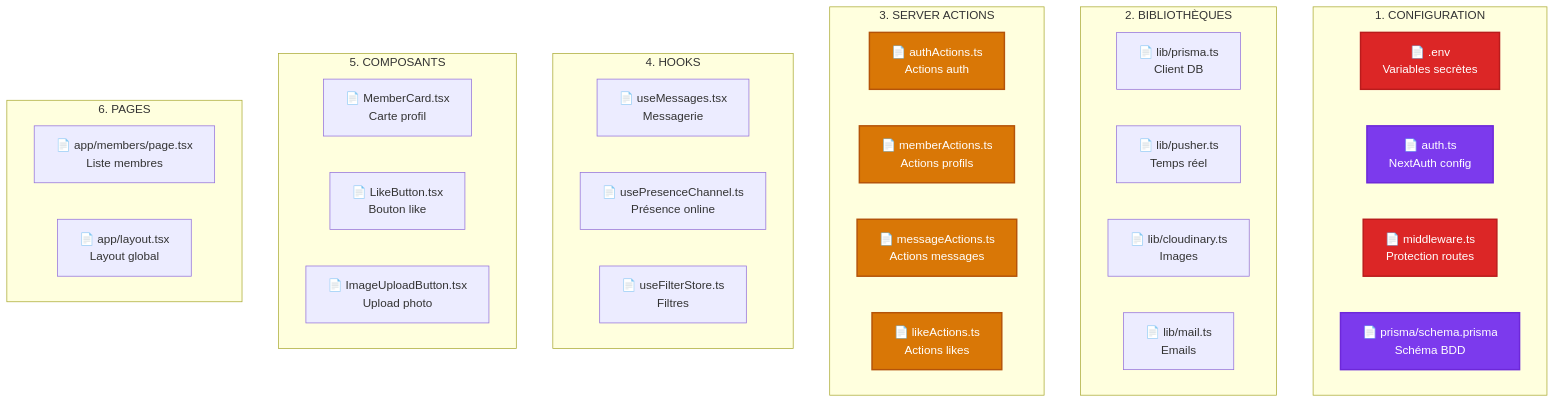
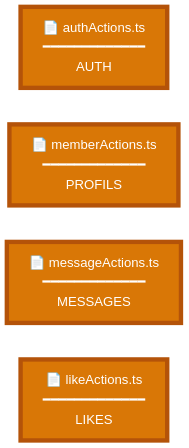
One commit to inskillflow/next-auth-demo-2-match changed diagram 35 of 36 in documentation/17-arborescence-fichiers-roles.md. Above: the diagram before and after it, drawn with Mermaid. The commit also changed other lines of this file, not shown here.

````diff
--- a/documentation/17-arborescence-fichiers-roles.md
+++ b/documentation/17-arborescence-fichiers-roles.md
@@ -702,49 +678,12 @@
 ```mermaid
-flowchart TD
-    subgraph "1. CONFIGURATION"
-        F1["📄 .env<br/>Variables secrètes"]
-        F2["📄 auth.ts<br/>NextAuth config"]
-        F3["📄 middleware.ts<br/>Protection routes"]
-        F4["📄 prisma/schema.prisma<br/>Schéma BDD"]
-    end
+flowchart LR
+    AUTH_ACT["📄 authActions.ts<br/>━━━━━━━━━━━━━<br/>AUTH"]
+    MEMBER_ACT["📄 memberActions.ts<br/>━━━━━━━━━━━━━<br/>PROFILS"]
+    MSG_ACT["📄 messageActions.ts<br/>━━━━━━━━━━━━━<br/>MESSAGES"]
+    LIKE_ACT["📄 likeActions.ts<br/>━━━━━━━━━━━━━<br/>LIKES"]
     
-    subgraph "2. BIBLIOTHÈQUES"
-        F5["📄 lib/prisma.ts<br/>Client DB"]
-        F6["📄 lib/pusher.ts<br/>Temps réel"]
-        F7["📄 lib/cloudinary.ts<br/>Images"]
-        F8["📄 lib/mail.ts<br/>Emails"]
-    end
-    
-    subgraph "3. SERVER ACTIONS"
-        F9["📄 authActions.ts<br/>Actions auth"]
-        F10["📄 memberActions.ts<br/>Actions profils"]
-        F11["📄 messageActions.ts<br/>Actions messages"]
-        F12["📄 likeActions.ts<br/>Actions likes"]
-    end
-    
-    subgraph "4. HOOKS"
-        F13["📄 useMessages.tsx<br/>Messagerie"]
-        F14["📄 usePresenceChannel.ts<br/>Présence online"]
-        F15["📄 useFilterStore.ts<br/>Filtres"]
-    end
-    
-    subgraph "5. COMPOSANTS"
-        F16["📄 MemberCard.tsx<br/>Carte profil"]
-        F17["📄 LikeButton.tsx<br/>Bouton like"]
-        F18["📄 ImageUploadButton.tsx<br/>Upload photo"]
-    end
-    
-    subgraph "6. PAGES"
-        F19["📄 app/members/page.tsx<br/>Liste membres"]
-        F20["📄 app/layout.tsx<br/>Layout global"]
-    end
-    
-    style F1 fill:#dc2626,stroke:#b91c1c,stroke-width:2px,color:#fff
-    style F2 fill:#7c3aed,stroke:#6d28d9,stroke-width:2px,color:#fff
-    style F3 fill:#dc2626,stroke:#b91c1c,stroke-width:2px,color:#fff
-    style F4 fill:#7c3aed,stroke:#6d28d9,stroke-width:2px,color:#fff
-    style F9 fill:#d97706,stroke:#b45309,stroke-width:2px,color:#fff
-    style F10 fill:#d97706,stroke:#b45309,stroke-width:2px,color:#fff
-    style F11 fill:#d97706,stroke:#b45309,stroke-width:2px,color:#fff
-    style F12 fill:#d97706,stroke:#b45309,stroke-width:2px,color:#fff
+    style AUTH_ACT fill:#d97706,stroke:#b45309,stroke-width:6px,color:#fff,font-size:18px
+    style MEMBER_ACT fill:#d97706,stroke:#b45309,stroke-width:6px,color:#fff,font-size:18px
+    style MSG_ACT fill:#d97706,stroke:#b45309,stroke-width:6px,color:#fff,font-size:18px
+    style LIKE_ACT fill:#d97706,stroke:#b45309,stroke-width:6px,color:#fff,font-size:18px
 ```
````
